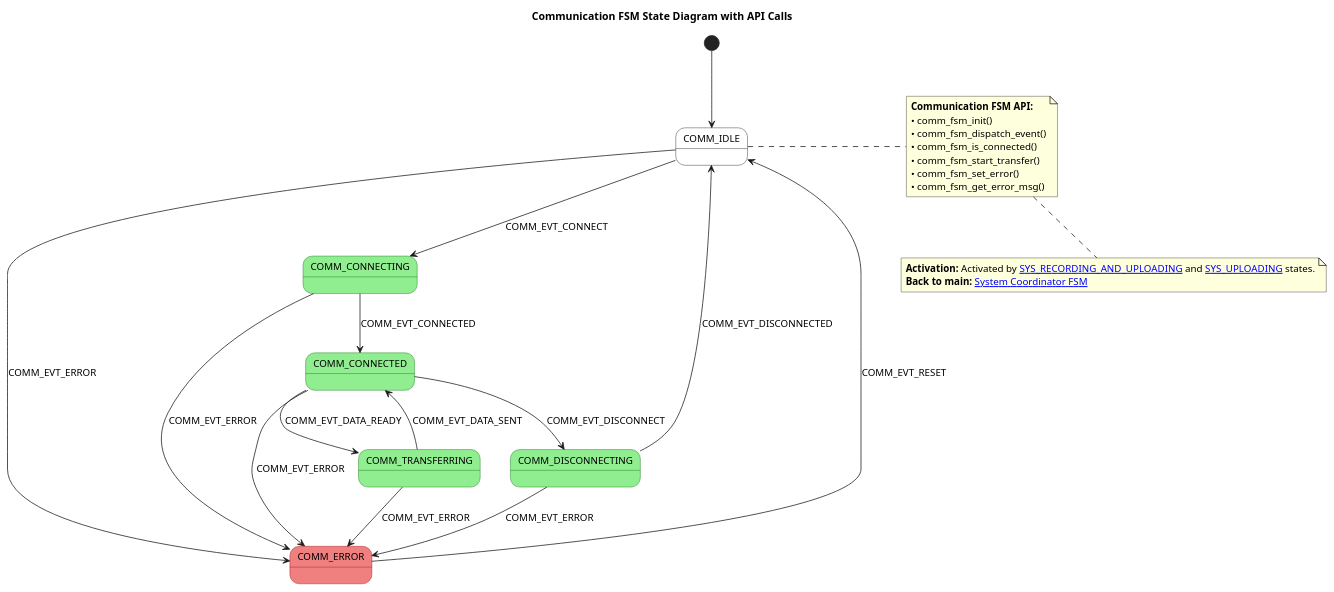
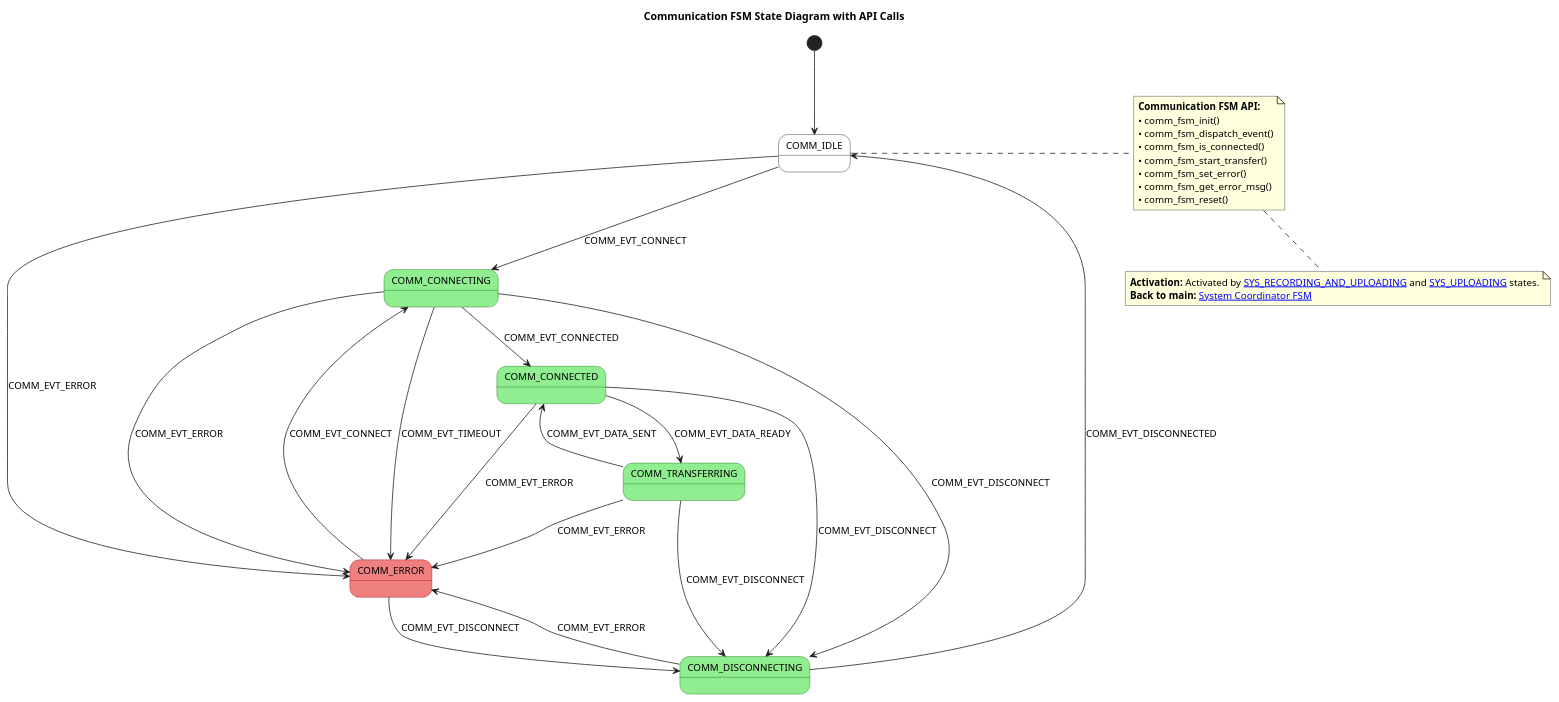
One commit to RiseCai/Design-Patterns-in-C changed the diagram in system_coordinator_module/diagrams/comm_fsm_diagram_with_api.puml. Above: the diagram before and after it, drawn with PlantUML. The commit also changed 25 other files, not shown here.

```diff
--- a/system_coordinator_module/diagrams/comm_fsm_diagram_with_api.puml
+++ b/system_coordinator_module/diagrams/comm_fsm_diagram_with_api.puml
@@ -1,52 +1,62 @@
 @startuml
 
 title Communication FSM State Diagram with API Calls
 
 skinparam state {
   BackgroundColor<<normal>> White
   BorderColor<<normal>> Black
   BackgroundColor<<error>> LightCoral
   BorderColor<<error>> DarkRed
   BackgroundColor<<active>> LightGreen
   BorderColor<<active>> DarkGreen
   FontSize 13
 }
 
 state "COMM_IDLE" as idle <<normal>>
 state "COMM_CONNECTING" as connecting <<active>>
 state "COMM_CONNECTED" as connected <<active>>
 state "COMM_TRANSFERRING" as transferring <<active>>
 state "COMM_DISCONNECTING" as disconnecting <<active>>
 state "COMM_ERROR" as error <<error>>
 
+[*] --> idle
+
 idle --> connecting : COMM_EVT_CONNECT
+idle --> error : COMM_EVT_ERROR
+
 connecting --> connected : COMM_EVT_CONNECTED
+connecting --> error : COMM_EVT_TIMEOUT
+connecting --> error : COMM_EVT_ERROR
+connecting --> disconnecting : COMM_EVT_DISCONNECT
+
 connected --> transferring : COMM_EVT_DATA_READY
+connected --> disconnecting : COMM_EVT_DISCONNECT
+connected --> error : COMM_EVT_ERROR
+
 transferring --> connected : COMM_EVT_DATA_SENT
-connected --> disconnecting : COMM_EVT_DISCONNECT
+transferring --> disconnecting : COMM_EVT_DISCONNECT
+transferring --> error : COMM_EVT_ERROR
+
 disconnecting --> idle : COMM_EVT_DISCONNECTED
-idle --> error : COMM_EVT_ERROR
-connecting --> error : COMM_EVT_ERROR
-connected --> error : COMM_EVT_ERROR
-transferring --> error : COMM_EVT_ERROR
 disconnecting --> error : COMM_EVT_ERROR
-error --> idle : COMM_EVT_RESET
 
-[*] --> idle
+error --> disconnecting : COMM_EVT_DISCONNECT
+error --> connecting : COMM_EVT_CONNECT
 
 note right of idle
   <b>Communication FSM API:</b>
   • comm_fsm_init()
   • comm_fsm_dispatch_event()
   • comm_fsm_is_connected()
   • comm_fsm_start_transfer()
   • comm_fsm_set_error()
   • comm_fsm_get_error_msg()
+  • comm_fsm_reset()
 end note
 
 note bottom
   <b>Activation:</b> Activated by [[system_coordinator_state_diagram_with_api.puml SYS_RECORDING_AND_UPLOADING]] and [[system_coordinator_state_diagram_with_api.puml SYS_UPLOADING]] states.
   <b>Back to main:</b> [[system_coordinator_state_diagram_with_api.puml System Coordinator FSM]]
 end note
 
 @enduml
```
